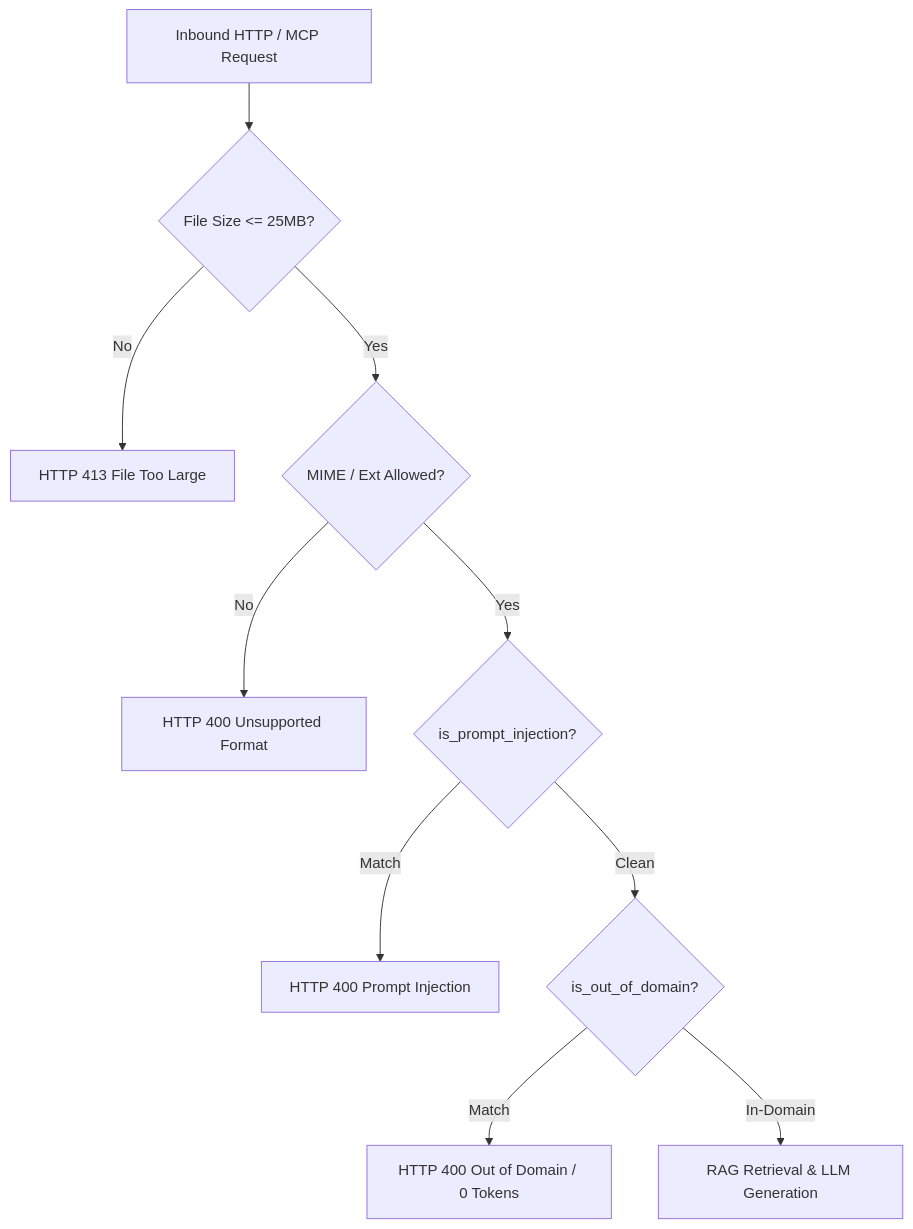
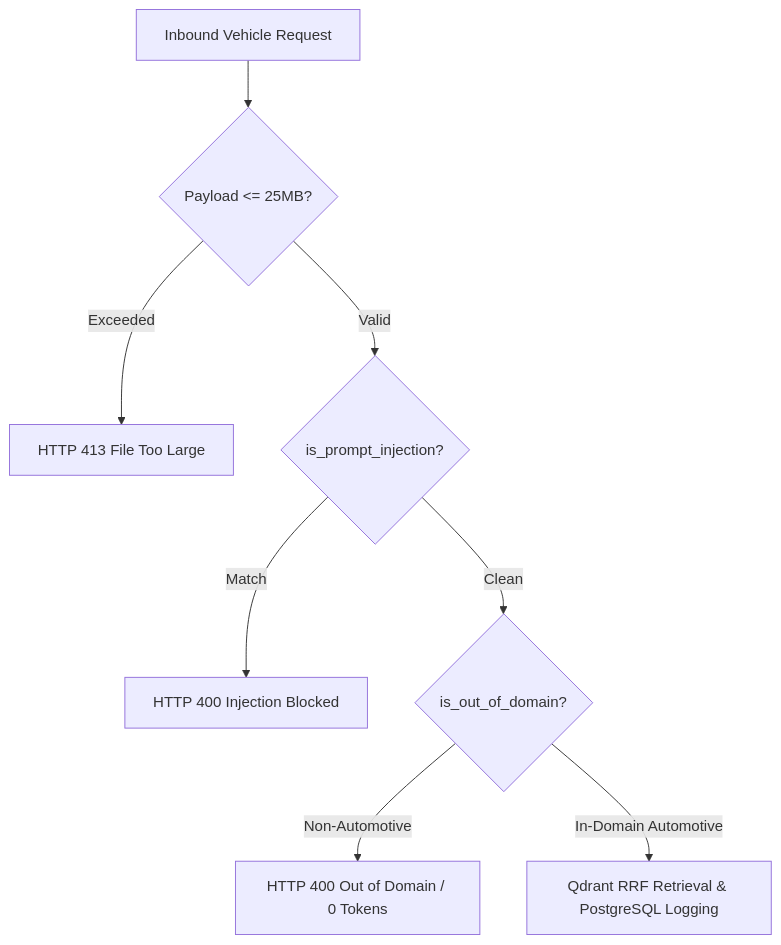
Before and after one commit to Santhosh-p653/rag-multimodal-assistant: the second of 3 diagrams in API_DOCUMENTATION.md, drawn with Mermaid. The commit also changed other lines of this file, not shown here.

````diff
--- a/API_DOCUMENTATION.md
+++ b/API_DOCUMENTATION.md
@@ -943,12 +781,10 @@
 ```mermaid
 graph TD
-    Request[Inbound HTTP / MCP Request] --> SizeCheck{File Size <= 25MB?}
-    SizeCheck -->|No| R413[HTTP 413 File Too Large]
-    SizeCheck -->|Yes| MIMECheck{MIME / Ext Allowed?}
-    MIMECheck -->|No| R400M[HTTP 400 Unsupported Format]
-    MIMECheck -->|Yes| InjectionCheck{is_prompt_injection?}
-    InjectionCheck -->|Match| R400I[HTTP 400 Prompt Injection]
-    InjectionCheck -->|Clean| DomainCheck{is_out_of_domain?}
-    DomainCheck -->|Match| R400D[HTTP 400 Out of Domain / 0 Tokens]
-    DomainCheck -->|In-Domain| CorePipeline[RAG Retrieval & LLM Generation]
+    Inbound[Inbound Vehicle Request] --> SizeCheck{Payload <= 25MB?}
+    SizeCheck -->|Exceeded| H413[HTTP 413 File Too Large]
+    SizeCheck -->|Valid| InjectionCheck{is_prompt_injection?}
+    InjectionCheck -->|Match| H400I[HTTP 400 Injection Blocked]
+    InjectionCheck -->|Clean| AutoDomainCheck{is_out_of_domain?}
+    AutoDomainCheck -->|Non-Automotive| H400D[HTTP 400 Out of Domain / 0 Tokens]
+    AutoDomainCheck -->|In-Domain Automotive| CorePipeline[Qdrant RRF Retrieval & PostgreSQL Logging]
 ```
````
